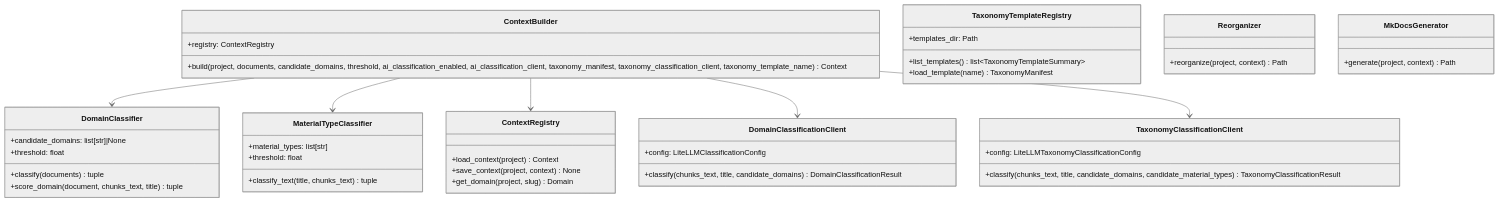
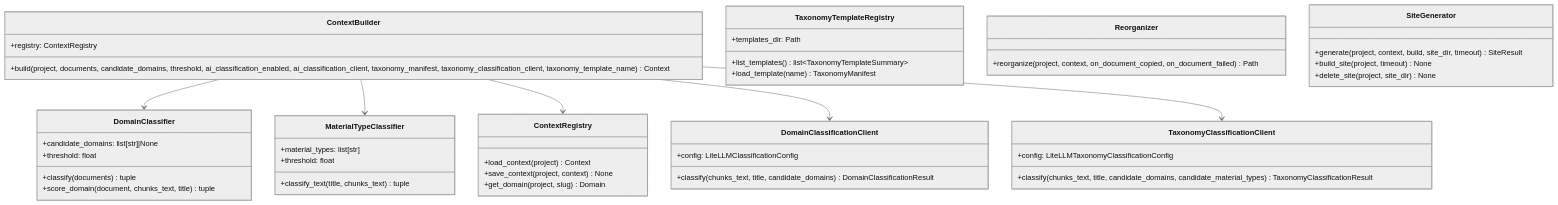
Before and after one commit to fmanza/doc_organize: the diagram in docs/api/context.md, drawn with Mermaid (neutral theme). The commit also changed other lines of this file and 36 other files, not shown here.

````diff
--- a/docs/api/context.md
+++ b/docs/api/context.md
@@ -7,48 +7,50 @@
 ```mermaid
 classDiagram
     class ContextBuilder {
         +registry: ContextRegistry
         +build(project, documents, candidate_domains, threshold, ai_classification_enabled, ai_classification_client, taxonomy_manifest, taxonomy_classification_client, taxonomy_template_name) Context
     }
     class TaxonomyTemplateRegistry {
         +templates_dir: Path
         +list_templates() list~TaxonomyTemplateSummary~
         +load_template(name) TaxonomyManifest
     }
     class DomainClassifier {
         +candidate_domains: list[str]|None
         +threshold: float
         +classify(documents) tuple
         +score_domain(document, chunks_text, title) tuple
     }
     class MaterialTypeClassifier {
         +material_types: list[str]
         +threshold: float
         +classify_text(title, chunks_text) tuple
     }
     class ContextRegistry {
         +load_context(project) Context
         +save_context(project, context) None
         +get_domain(project, slug) Domain
     }
     class Reorganizer {
-        +reorganize(project, context) Path
+        +reorganize(project, context, on_document_copied, on_document_failed) Path
     }
-    class MkDocsGenerator {
-        +generate(project, context) Path
+    class SiteGenerator {
+        +generate(project, context, build, site_dir, timeout) SiteResult
+        +build_site(project, timeout) None
+        +delete_site(project, site_dir) None
     }
     class DomainClassificationClient {
         +config: LiteLLMClassificationConfig
         +classify(chunks_text, title, candidate_domains) DomainClassificationResult
     }
     class TaxonomyClassificationClient {
         +config: LiteLLMTaxonomyClassificationConfig
         +classify(chunks_text, title, candidate_domains, candidate_material_types) TaxonomyClassificationResult
     }
 
     ContextBuilder --> DomainClassifier
     ContextBuilder --> MaterialTypeClassifier
     ContextBuilder --> ContextRegistry
     ContextBuilder --> DomainClassificationClient
     ContextBuilder --> TaxonomyClassificationClient
 ```
````
